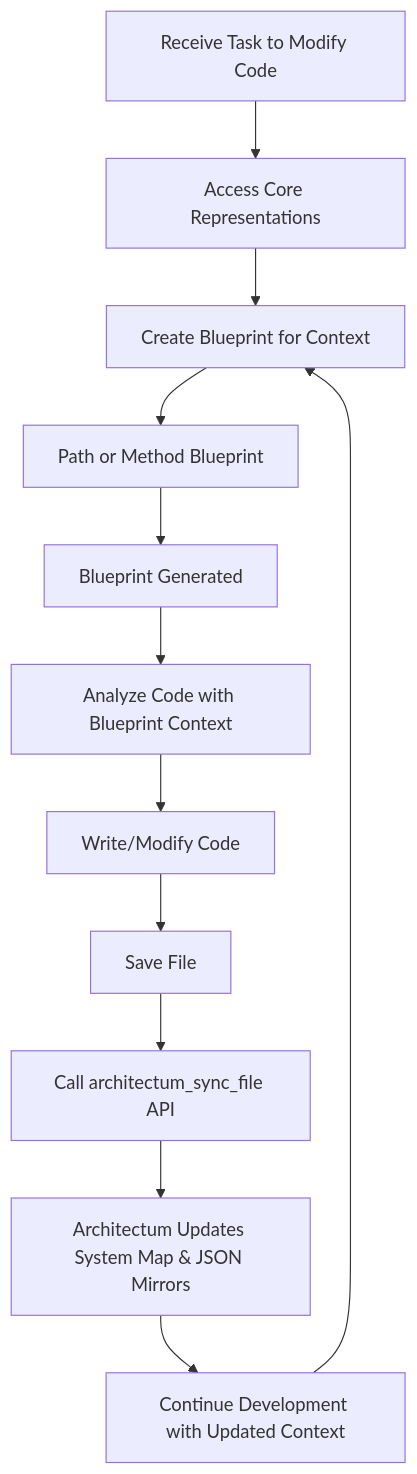
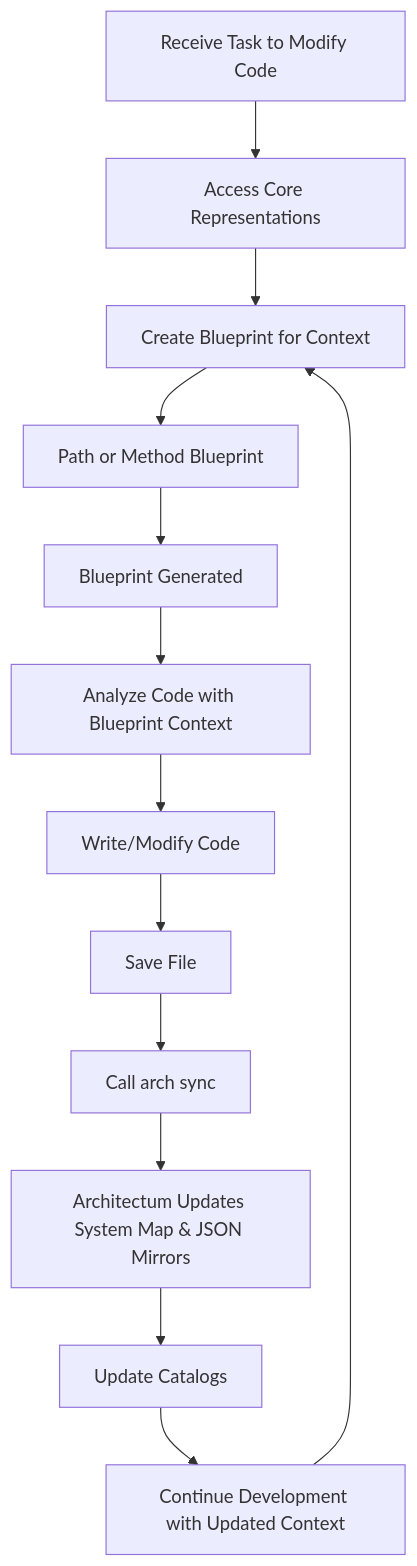
The third of 5 diagrams in project_docs/core_documents/architecture.md (flyingwolf1701/Architectum), drawn with Mermaid before and after one commit. The commit also changed other lines of this file, not shown here.

Commit message:
updated architecture

````diff
--- a/project_docs/core_documents/architecture.md
+++ b/project_docs/core_documents/architecture.md
@@ -492,14 +578,15 @@
 ```mermaid
 graph TD
     A[Receive Task to Modify Code] --> B[Access Core Representations]
     B --> C[Create Blueprint for Context]
     C --> D[Path or Method Blueprint]
     D --> E[Blueprint Generated]
     E --> F[Analyze Code with Blueprint Context]
     F --> G[Write/Modify Code]
     G --> H[Save File]
-    H --> I[Call architectum_sync_file API]
+    H --> I[Call arch sync]
     I --> J[Architectum Updates System Map & JSON Mirrors]
-    J --> K[Continue Development with Updated Context]
-    K --> C
+    J --> K[Update Catalogs]
+    K --> L[Continue Development with Updated Context]
+    L --> C
 ```
````
